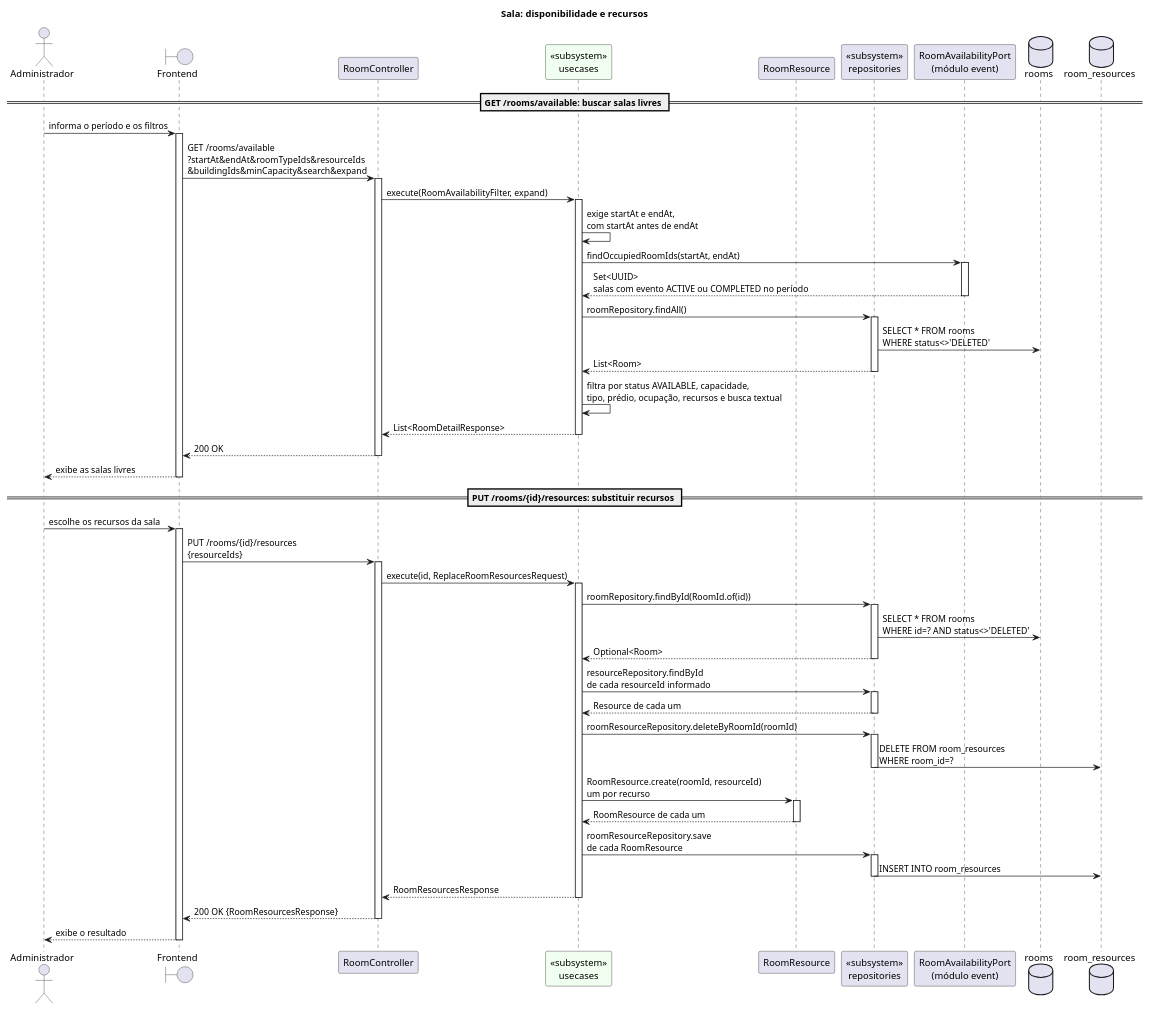
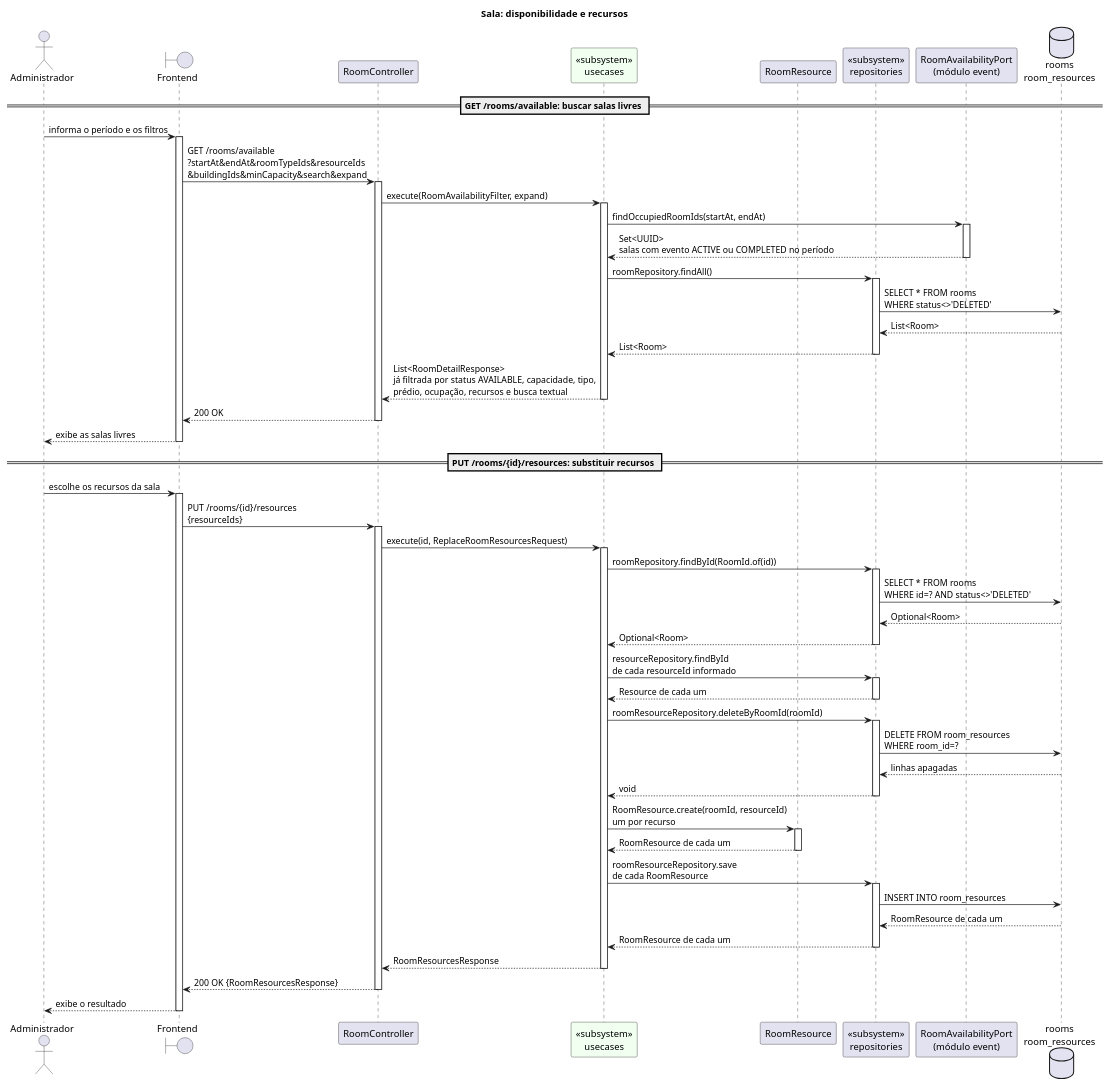
The diagram in src/plantuml/sequencia/simples/room_availability_and_resources.puml (Neoguara/rooms-diagrams), drawn with PlantUML before and after one commit. The commit also changed 5 other files, not shown here.

```diff
--- a/src/plantuml/sequencia/simples/room_availability_and_resources.puml
+++ b/src/plantuml/sequencia/simples/room_availability_and_resources.puml
@@ -1,105 +1,106 @@
 @startuml room_availability_and_resources_simples
 
 ' Os dois endpoints do recorte de sala que não são CRUD, no estilo simplista. O CRUD está
 ' em room.puml. Os diagramas completos continuam em sequencia/room/, e é lá que estão os
 ' desvios.
 '
 ' São os dois que fogem do padrão do módulo: um consulta outro módulo pela porta de
 ' disponibilidade, o outro escreve em duas tabelas dentro da mesma transação.
 '
 ' Cinco cortes em relação aos completos:
 '   1. Porta e implementação viram um participante só, tipado como «subsystem».
 '   2. Só o caminho de sucesso. Nenhum alt: os erros (404, 422) estão nos completos.
 '   3. Nenhum loop. Onde o código repete por item, a repetição fica dita na mensagem.
-'   4. Colaborador sem regra própria vira mensagem para si mesmo.
+'   4. Nenhuma mensagem para si mesmo: fluxo interno não é troca entre participantes.
 '   5. Ativação só em trecho reto, abrindo e fechando no mesmo nível.
 
 title Sala: disponibilidade e recursos
 
 actor "Administrador" as Ator
 boundary "Frontend" as FE
 participant "RoomController" as Ctrl
 
 participant "<<subsystem>>\nusecases" as UC #F0FFF0
 
 participant "RoomResource" as RR
 
 participant "<<subsystem>>\nrepositories" as Repo
 participant "RoomAvailabilityPort\n(módulo event)" as Avail
-database "rooms" as DBRoom
-database "room_resources" as DBRR
+database "rooms\nroom_resources" as DB
 
 == GET /rooms/available: buscar salas livres ==
 
 Ator -> FE: informa o período e os filtros
 activate FE
 FE -> Ctrl: GET /rooms/available\n?startAt&endAt&roomTypeIds&resourceIds\n&buildingIds&minCapacity&search&expand
 activate Ctrl
 Ctrl -> UC: execute(RoomAvailabilityFilter, expand)
 activate UC
 
-UC -> UC: exige startAt e endAt,\ncom startAt antes de endAt
-
 UC -> Avail: findOccupiedRoomIds(startAt, endAt)
 activate Avail
 Avail --> UC: Set<UUID>\nsalas com evento ACTIVE ou COMPLETED no período
 deactivate Avail
 
 UC -> Repo: roomRepository.findAll()
 activate Repo
-Repo -> DBRoom: SELECT * FROM rooms\nWHERE status<>'DELETED'
+Repo -> DB: SELECT * FROM rooms\nWHERE status<>'DELETED'
+DB --> Repo: List<Room>
 Repo --> UC: List<Room>
 deactivate Repo
 
-UC -> UC: filtra por status AVAILABLE, capacidade,\ntipo, prédio, ocupação, recursos e busca textual
-
-UC --> Ctrl: List<RoomDetailResponse>
+UC --> Ctrl: List<RoomDetailResponse>\njá filtrada por status AVAILABLE, capacidade, tipo,\nprédio, ocupação, recursos e busca textual
 deactivate UC
 Ctrl --> FE: 200 OK
 deactivate Ctrl
 FE --> Ator: exibe as salas livres
 deactivate FE
 
 == PUT /rooms/{id}/resources: substituir recursos ==
 
 Ator -> FE: escolhe os recursos da sala
 activate FE
 FE -> Ctrl: PUT /rooms/{id}/resources\n{resourceIds}
 activate Ctrl
 Ctrl -> UC: execute(id, ReplaceRoomResourcesRequest)
 activate UC
 
 UC -> Repo: roomRepository.findById(RoomId.of(id))
 activate Repo
-Repo -> DBRoom: SELECT * FROM rooms\nWHERE id=? AND status<>'DELETED'
+Repo -> DB: SELECT * FROM rooms\nWHERE id=? AND status<>'DELETED'
+DB --> Repo: Optional<Room>
 Repo --> UC: Optional<Room>
 deactivate Repo
 
 UC -> Repo: resourceRepository.findById\nde cada resourceId informado
 activate Repo
 Repo --> UC: Resource de cada um
 deactivate Repo
 
 UC -> Repo: roomResourceRepository.deleteByRoomId(roomId)
 activate Repo
-Repo -> DBRR: DELETE FROM room_resources\nWHERE room_id=?
+Repo -> DB: DELETE FROM room_resources\nWHERE room_id=?
+DB --> Repo: linhas apagadas
+Repo --> UC: void
 deactivate Repo
 
 UC -> RR: RoomResource.create(roomId, resourceId)\num por recurso
 activate RR
 RR --> UC: RoomResource de cada um
 deactivate RR
 
 UC -> Repo: roomResourceRepository.save\nde cada RoomResource
 activate Repo
-Repo -> DBRR: INSERT INTO room_resources
+Repo -> DB: INSERT INTO room_resources
+DB --> Repo: RoomResource de cada um
+Repo --> UC: RoomResource de cada um
 deactivate Repo
 
 UC --> Ctrl: RoomResourcesResponse
 deactivate UC
 Ctrl --> FE: 200 OK {RoomResourcesResponse}
 deactivate Ctrl
 FE --> Ator: exibe o resultado
 deactivate FE
 
 @enduml
```
